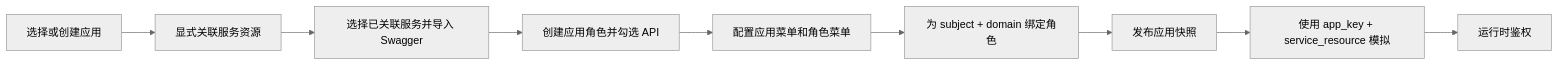
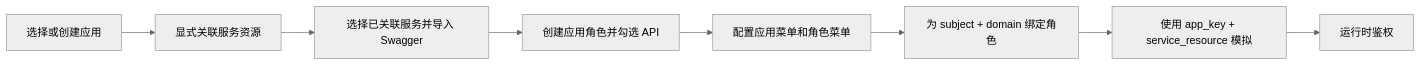
Before and after one commit to Zevlune/NexusAuthorization: the diagram in doc/rbac-v1-design.md, drawn with Mermaid (neutral theme). The commit also changed other lines of this file and 54 other files, not shown here.

````diff
--- a/doc/rbac-v1-design.md
+++ b/doc/rbac-v1-design.md
@@ -200,11 +186,10 @@
 ```mermaid
 flowchart LR
     A[选择或创建应用] --> B[显式关联服务资源]
     B --> C[选择已关联服务并导入 Swagger]
     C --> D[创建应用角色并勾选 API]
     D --> E[配置应用菜单和角色菜单]
     E --> F[为 subject + domain 绑定角色]
-    F --> G[发布应用快照]
-    G --> H[使用 app_key + service_resource 模拟]
-    H --> I[运行时鉴权]
+    F --> G[使用 app_key + service_resource 模拟]
+    G --> H[运行时鉴权]
 ```
````
